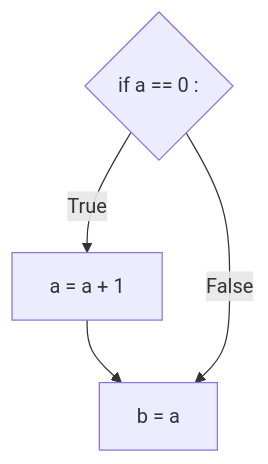
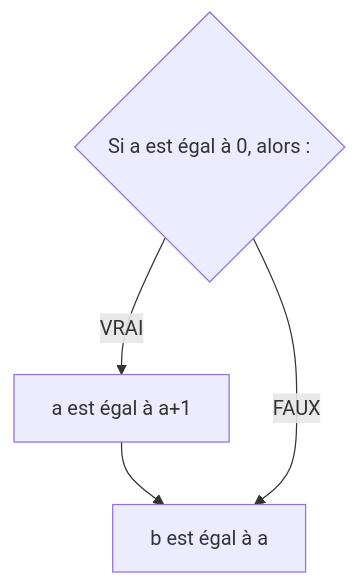
The second of 10 diagrams in première/Langages_et_programmation/Constructions_élémentaires/Instructions_conditionnelles.md (boddaert/nsi), drawn with Mermaid before and after one commit. The commit also changed other lines of this file, not shown here.

````diff
--- a/première/Langages_et_programmation/Constructions_élémentaires/Instructions_conditionnelles.md
+++ b/première/Langages_et_programmation/Constructions_élémentaires/Instructions_conditionnelles.md
@@ -52,8 +52,8 @@
 ```mermaid
   graph TB;
-      A{if a == 0 :};
-      A--True-->B[a = a + 1];
-      B-->C[b = a];
-      A--False-->C[b = a];
-      C[b = a];
+      A{Si a est égal à 0, alors :};
+      A--VRAI-->B[a est égal à a+1];
+      B-->C[b est égal à a];
+      A--FAUX-->C[b est égal à a];
+      C[b est égal à a];
 ```
````
